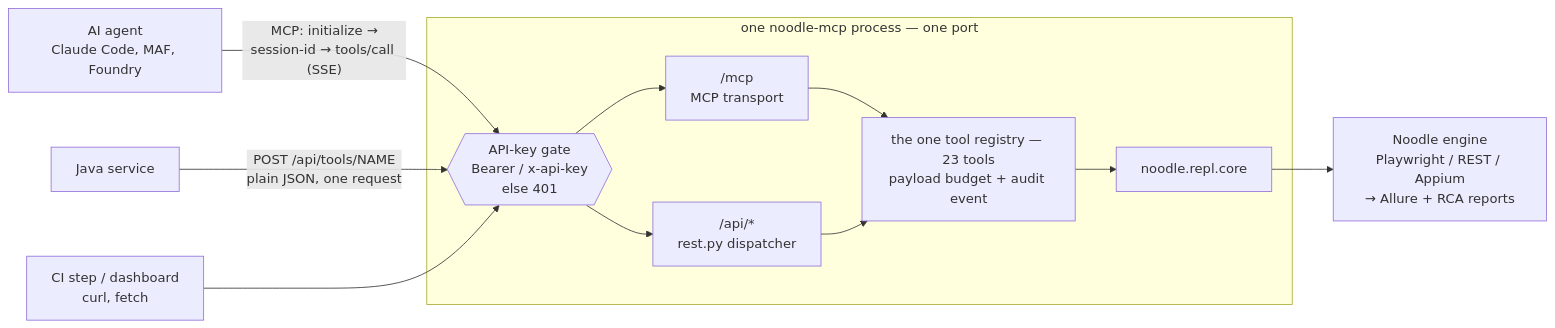
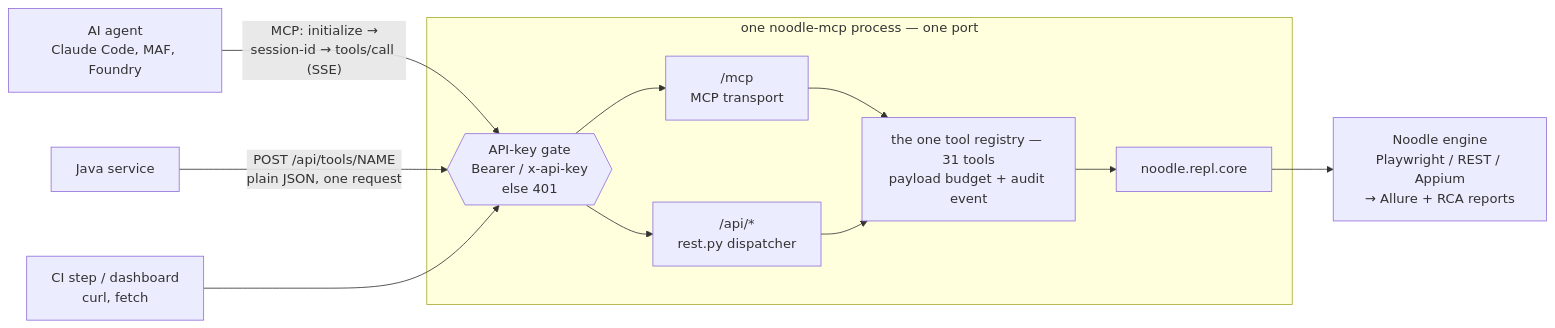
Before and after one commit to gheeno/noodle: the diagram in docs/mcp-guide.md, drawn with Mermaid. The commit also changed other lines of this file and 50 other files, not shown here.

````diff
--- a/docs/mcp-guide.md
+++ b/docs/mcp-guide.md
@@ -622,17 +636,17 @@
 ```mermaid
 flowchart LR
     A["AI agent<br/>Claude Code, MAF, Foundry"] -- "MCP: initialize →<br/>session-id → tools/call (SSE)" --> G
     J["Java service"] -- "POST /api/tools/NAME<br/>plain JSON, one request" --> G
     C["CI step / dashboard<br/>curl, fetch"] --> G
 
     subgraph proc["one noodle-mcp process — one port"]
         G{{"API-key gate<br/>Bearer / x-api-key<br/>else 401"}}
         G --> M["/mcp<br/>MCP transport"]
         G --> R["/api/*<br/>rest.py dispatcher"]
-        M --> REG["the one tool registry — 23 tools<br/>payload budget + audit event"]
+        M --> REG["the one tool registry — 31 tools<br/>payload budget + audit event"]
         R --> REG
         REG --> CORE["noodle.repl.core"]
     end
 
     CORE --> E["Noodle engine<br/>Playwright / REST / Appium<br/>→ Allure + RCA reports"]
 ```
````
